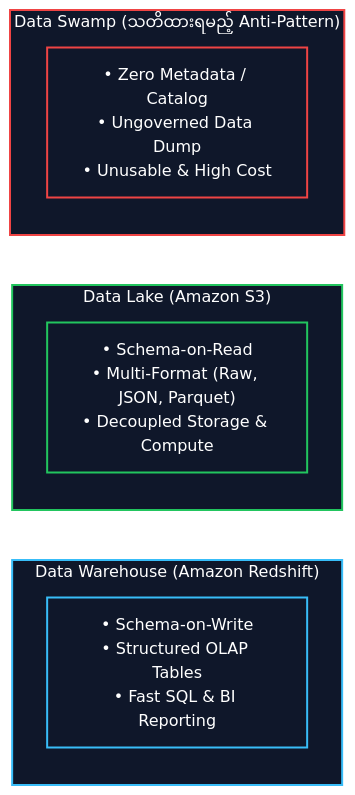
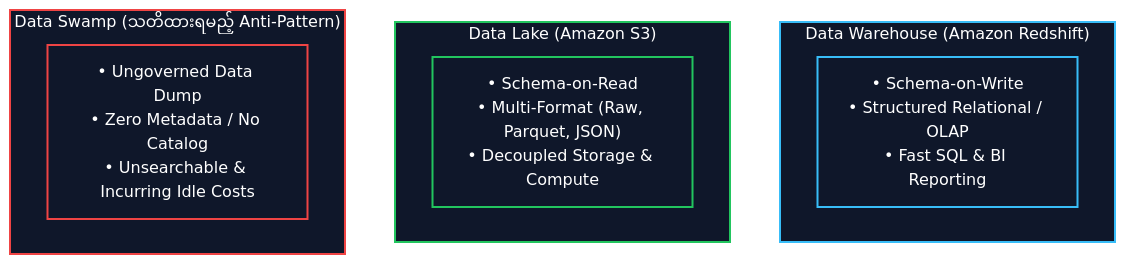
Before and after one commit to Wathon/aws-dea-c01-note: the third of 4 diagrams in content/my/03-concepts/big-data-fundamentals.md, drawn with Mermaid (base theme). The commit also changed other lines of this file and 4 other files, not shown here.

Commit message:
fix(i18n): align Burmese notes with exact 1:1 structural, diagram, and table parity to English versions

````diff
--- a/content/my/03-concepts/big-data-fundamentals.md
+++ b/content/my/03-concepts/big-data-fundamentals.md
@@ -59,22 +97,22 @@
 ```mermaid
-graph LR
+graph TD
     subgraph DWH["Data Warehouse (Amazon Redshift)"]
-        DWH_Desc["• Schema-on-Write<br/>• Structured OLAP Tables<br/>• Fast SQL & BI Reporting"]
+        DWH_Desc["• Schema-on-Write<br/>• Structured Relational / OLAP<br/>• Fast SQL & BI Reporting"]
     end
 
     subgraph DL["Data Lake (Amazon S3)"]
-        DL_Desc["• Schema-on-Read<br/>• Multi-Format (Raw, JSON, Parquet)<br/>• Decoupled Storage & Compute"]
+        DL_Desc["• Schema-on-Read<br/>• Multi-Format (Raw, Parquet, JSON)<br/>• Decoupled Storage & Compute"]
     end
 
     subgraph DS["Data Swamp (သတိထားရမည့် Anti-Pattern)"]
-        DS_Desc["• Zero Metadata / Catalog<br/>• Ungoverned Data Dump<br/>• Unusable & High Cost"]
+        DS_Desc["• Ungoverned Data Dump<br/>• Zero Metadata / No Catalog<br/>• Unsearchable & Incurring Idle Costs"]
     end
 
     classDef dwh fill:#0f172a,stroke:#38bdf8,stroke-width:2px,color:#fff;
     classDef dl fill:#0f172a,stroke:#22c55e,stroke-width:2px,color:#fff;
     classDef ds fill:#0f172a,stroke:#ef4444,stroke-width:2px,color:#fff;
 
     class DWH,DWH_Desc dwh;
     class DL,DL_Desc dl;
     class DS,DS_Desc ds;
 ```
````
